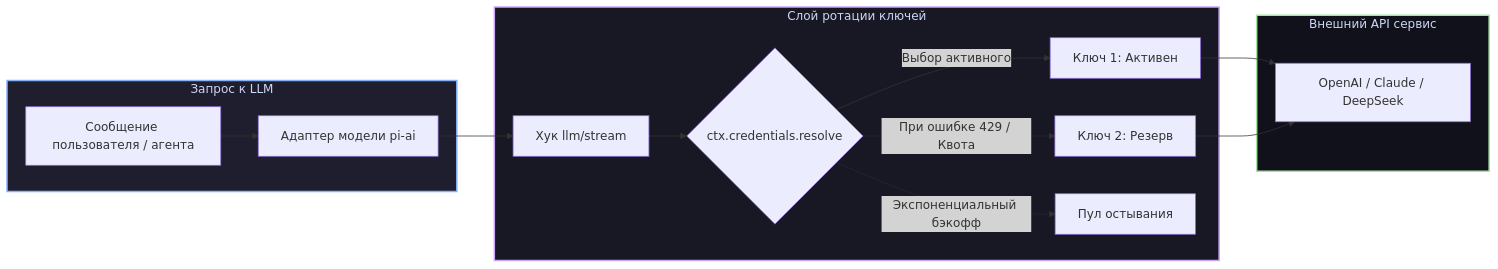
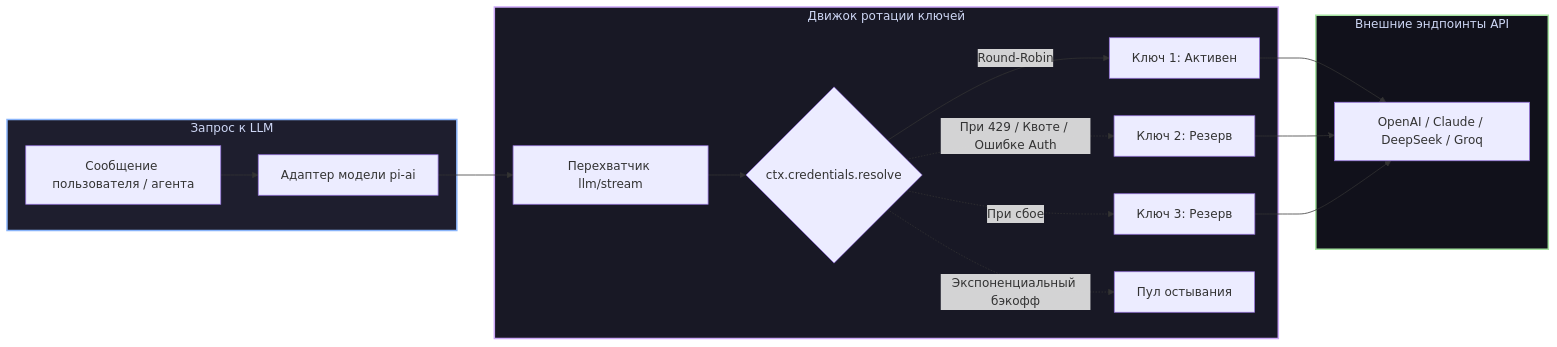
Before and after one commit to GooDAnDReaDY/dsh-key-rotation: the diagram in README.ru.md, drawn with Mermaid. The commit also changed other lines of this file and 2 other files, not shown here.

Commit message:
docs: expand dsh-key-rotation with full 20+ feature breakdown, security architecture & rich tables

````diff
--- a/README.ru.md
+++ b/README.ru.md
@@ -28,23 +30,25 @@
 ```mermaid
 graph LR
     subgraph Incoming [Запрос к LLM]
-        Req[Сообщение пользователя / агента] --> Adapter[Адаптер модели pi-ai]
+        User[Сообщение пользователя / агента] --> Adapter[Адаптер модели pi-ai]
     end
 
-    subgraph Rotation [Слой ротации ключей]
-        Adapter --> Interceptor[Хук llm/stream]
-        Interceptor --> Resolve{ctx.credentials.resolve}
-        Resolve -->|Выбор активного| K1[Ключ 1: Активен]
-        Resolve -.->|При ошибке 429 / Квота| K2[Ключ 2: Резерв]
-        Resolve -.->|Экспоненциальный бэкофф| Cooldown[Пул остывания]
+    subgraph Interception [Движок ротации ключей]
+        Adapter --> Hook[Перехватчик llm/stream]
+        Hook --> Resolver{ctx.credentials.resolve}
+        Resolver -->|Round-Robin| K1[Ключ 1: Активен]
+        Resolver -.->|При 429 / Квоте / Ошибке Auth| K2[Ключ 2: Резерв]
+        Resolver -.->|При сбое| K3[Ключ 3: Резерв]
+        Resolver -.->|Экспоненциальный бэкофф| CooldownPool[Пул остывания]
     end
 
-    subgraph Providers [Внешний API сервис]
-        K1 --> API[OpenAI / Claude / DeepSeek]
-        K2 --> API
+    subgraph Upstream [Внешние эндпоинты API]
+        K1 --> ProviderAPI[OpenAI / Claude / DeepSeek / Groq]
+        K2 --> ProviderAPI
+        K3 --> ProviderAPI
     end
 
     style Incoming fill:#1e1e2e,stroke:#89b4fa,stroke-width:2px,color:#cdd6f4
-    style Rotation fill:#181825,stroke:#cba6f7,stroke-width:2px,color:#cdd6f4
-    style Providers fill:#11111b,stroke:#a6e3a1,stroke-width:2px,color:#cdd6f4
+    style Interception fill:#181825,stroke:#cba6f7,stroke-width:2px,color:#cdd6f4
+    style Upstream fill:#11111b,stroke:#a6e3a1,stroke-width:2px,color:#cdd6f4
 ```
````
